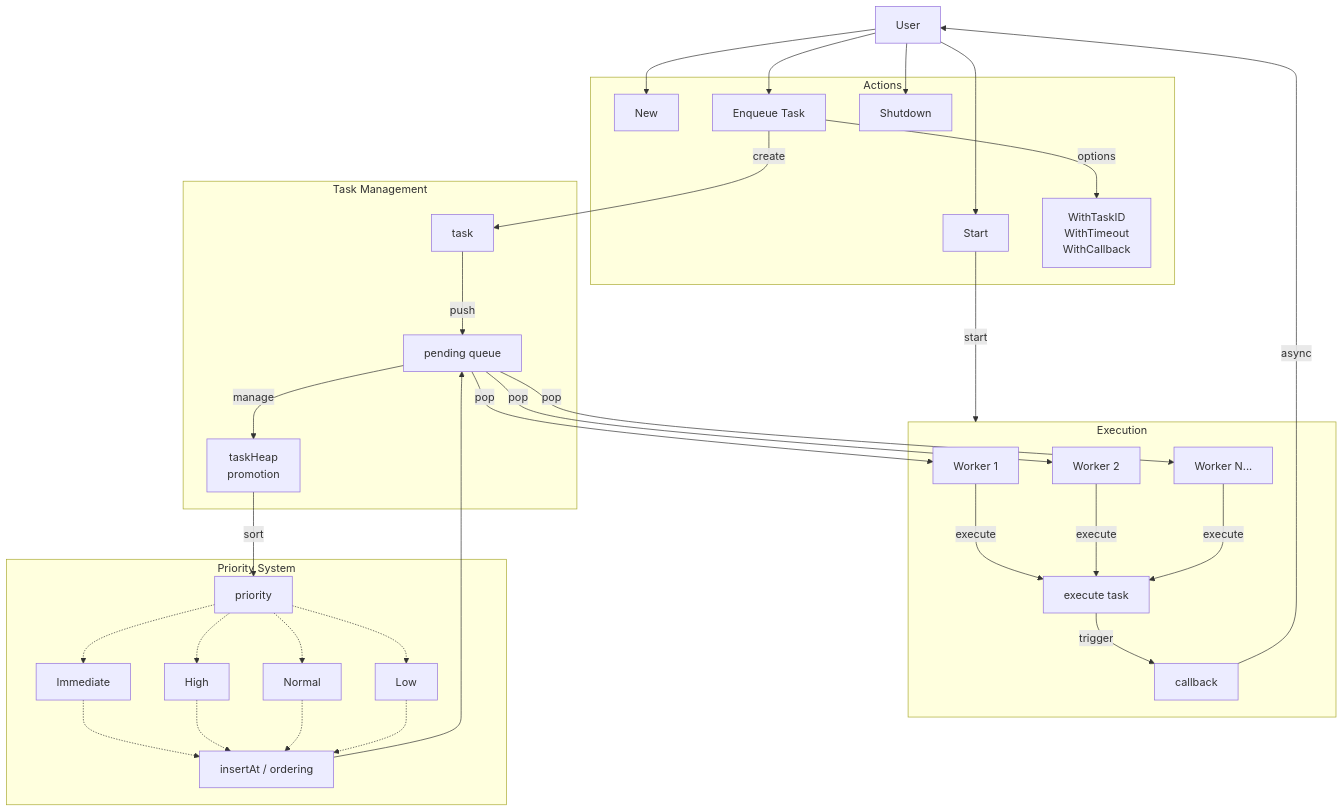
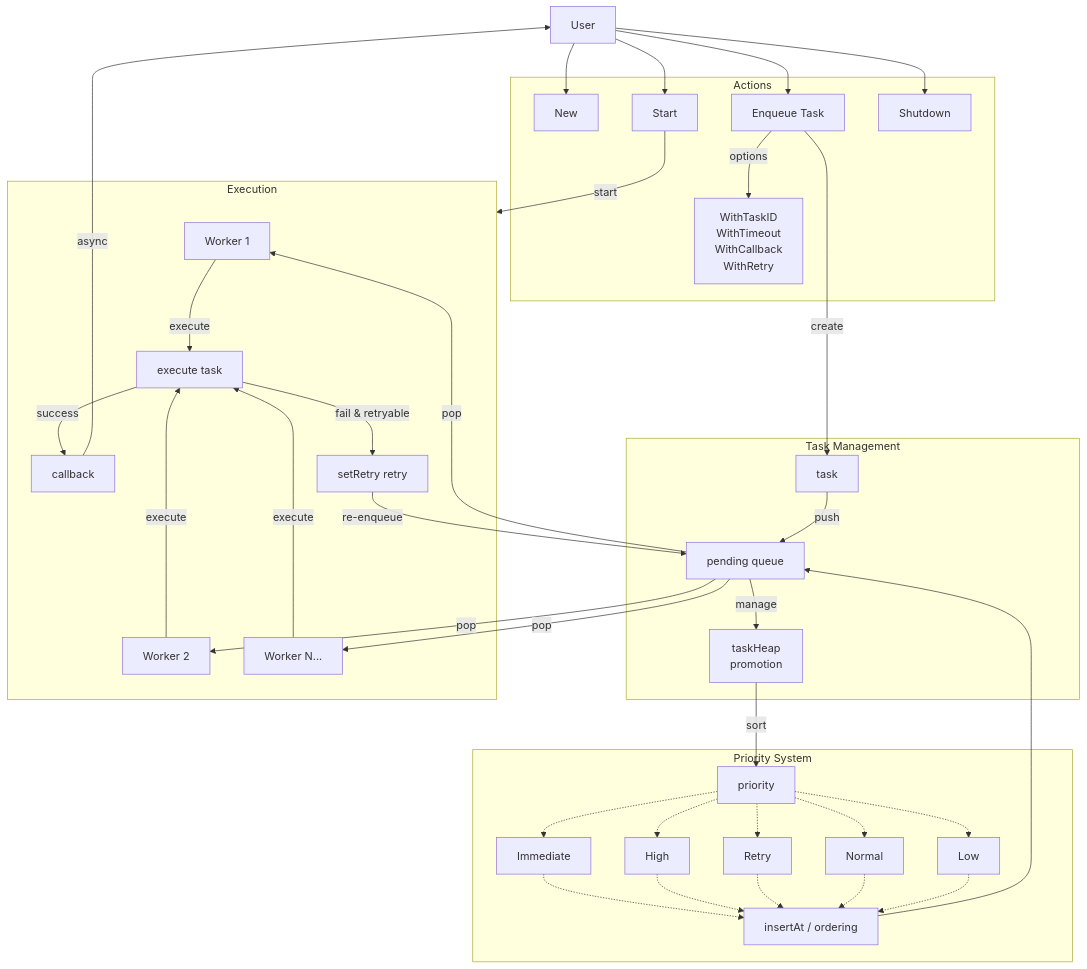
Before and after one commit to pardnchiu/go-queue: the first of 3 diagrams in README.md, drawn with Mermaid. The commit also changed other lines of this file and 5 other files, not shown here.

````diff
--- a/README.md
+++ b/README.md
@@ -53,72 +56,78 @@
 ```mermaid
 graph TB
   User[User]
 
   subgraph "Actions"
   New[New]
   Start[Start]
   Enqueue[Enqueue Task]
   Close[Shutdown]
-  Options[WithTaskID<br>WithTimeout<br>WithCallback]
+  Options[WithTaskID<br>WithTimeout<br>WithCallback<br>WithRetry]
   end
 
   subgraph "Task Management"
   Pending[pending queue]
   TaskHeap[taskHeap<br>promotion]
   Task[task]
   end
 
   subgraph "Execution"
   Worker1[Worker 1]
   Worker2[Worker 2]
   WorkerN[Worker N...]
   Execute[execute task]
   Callback[callback]
+  Retry[setRetry retry]
   end
 
   subgraph "Priority System"
   Priority[priority]
   Immediate[Immediate]
   High[High]
+  RetryPri[Retry]
   Normal[Normal]
   Low[Low]
   InsertAt[insertAt / ordering]
   end
 
   User --> New
   User --> Start
   User --> Enqueue
   User --> Close
 
   Callback --> |async| User
 
   Start -->|start| Execution
 
   Enqueue -->|options| Options
   Enqueue -->|create| Task
   Task -->|push| Pending
   
   Pending -->|manage| TaskHeap
   InsertAt --> Pending
   TaskHeap -->|sort| Priority
 
   Priority -.-> Immediate
   Priority -.-> High
+  Priority -.-> RetryPri
   Priority -.-> Normal
   Priority -.-> Low
 
   Immediate -.-> InsertAt
   High -.-> InsertAt
+  RetryPri -.-> InsertAt
   Normal -.-> InsertAt
   Low -.-> InsertAt
 
   Pending --> |pop| Worker1
   Pending --> |pop| Worker2
   Pending --> |pop| WorkerN
 
   Worker1 -->|execute| Execute
   Worker2 -->|execute| Execute
   WorkerN -->|execute| Execute
 
-  Execute -->|trigger| Callback
+  Execute -->|success| Callback
+  Execute -->|fail & retryable| Retry
+  Retry -->|re-enqueue| Pending
 ```
````
